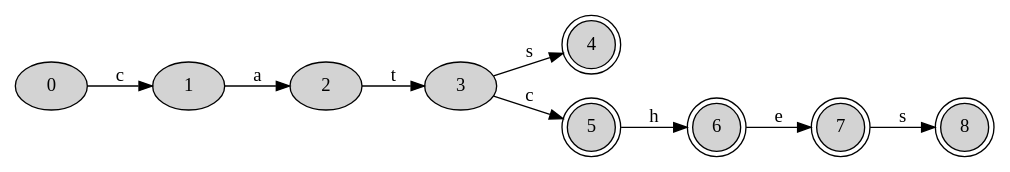
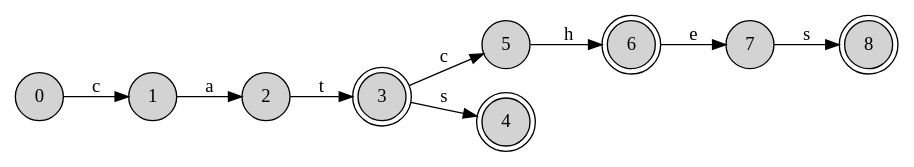
The diagram in articles/fsmnlp-2012-spellers/catses.dot (eaxelson/hfst-import-test5), drawn with Graphviz before and after one commit. The commit also changed 13 other files, not shown here.

```diff
--- a/articles/fsmnlp-2012-spellers/catses.dot
+++ b/articles/fsmnlp-2012-spellers/catses.dot
@@ -1,21 +1,21 @@
 // This graph generated with hfst-fst2txt blah
 digraph H {
 rankdir = LR;
-node [style=filled] 0
+node [shape=circle,style=filled] 0
+node [shape=circle,style=filled] 1
+node [shape=circle,style=filled] 2
+node [shape=circle,style=filled] 5
+node [shape=circle,style=filled] 7
+node [shape=doublecircle,style=filled] 3
+node [shape=doublecircle,style=filled] 4
+node [shape=doublecircle,style=filled] 6
+node [shape=doublecircle,style=filled] 8
 0 -> 1 [label="c "];
-node [style=filled] 1
 1 -> 2 [label="a "];
-node [style=filled] 2
 2 -> 3 [label="t "];
-node [shape=doublecircle,style=filled] 3
 3 -> 4 [label="s "];
 3 -> 5 [label="c "];
-node [shape=doublecircle,style=filled] 4
-node [style=filled] 5
 5 -> 6 [label="h "];
-node [shape=doublecircle,style=filled] 6
 6 -> 7 [label="e "];
-node [style=filled] 7
 7 -> 8 [label="s "];
-node [shape=doublecircle,style=filled] 8
 }
```
